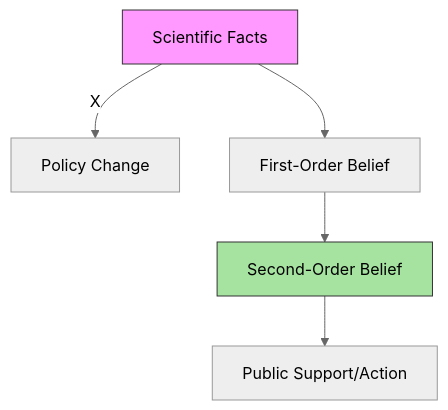
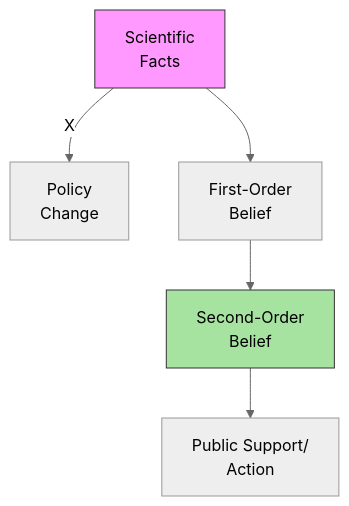
One commit to GM024/CourseSummaries changed the second of 7 diagrams in Communication_Influence/Mastery_Guide_SOW_BS033.md. Above: the diagram before and after it, drawn with Mermaid (neutral theme). The commit also changed other lines of this file, not shown here.

Commit message:
Fix Mermaid diagram text overflow using <br /> tags

````diff
--- a/Communication_Influence/Mastery_Guide_SOW_BS033.md
+++ b/Communication_Influence/Mastery_Guide_SOW_BS033.md
@@ -58,9 +58,9 @@
 ```mermaid
 graph TD
-    Knowledge[Scientific Facts] -- X --> Action[Policy Change]
-    Knowledge --> IndividualBelief[First-Order Belief]
-    IndividualBelief --> SocialPerception[Second-Order Belief]
-    SocialPerception --> CollectiveAction[Public Support/Action]
+    Knowledge[Scientific<br/>Facts] -- X --> Action[Policy<br/>Change]
+    Knowledge --> IndividualBelief[First-Order<br/>Belief]
+    IndividualBelief --> SocialPerception[Second-Order<br/>Belief]
+    SocialPerception --> CollectiveAction[Public Support/<br/>Action]
     style Knowledge fill:#f9f,stroke:#333
     style SocialPerception fill:#a6e3a1,stroke:#333
 ```
````
